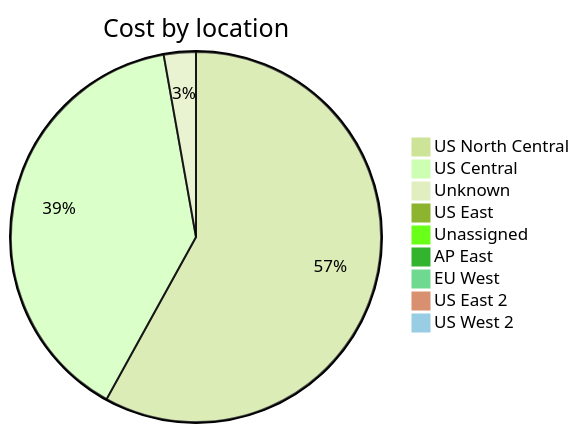
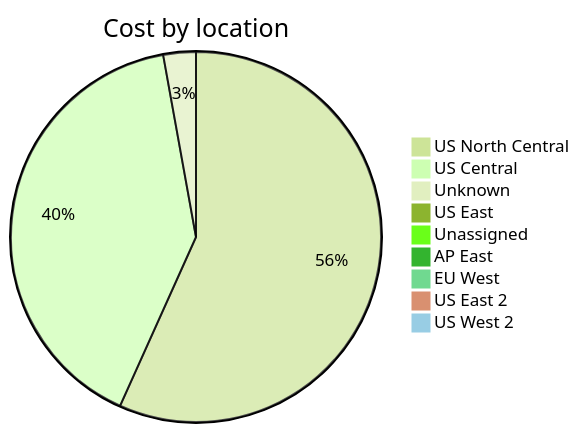
Before and after one commit to jpfulton/azure-personal-reports: the third of 4 diagrams in cost-reports/accumulated-cost.md, drawn with Mermaid (forest theme). The commit also changed other lines of this file and 4 other files, not shown here.

````diff
--- a/cost-reports/accumulated-cost.md
+++ b/cost-reports/accumulated-cost.md
@@ -131,13 +131,13 @@
 ```mermaid
 pie
    title Cost by location
    "US North Central" : 15.77
-   "US Central" : 10.65
-   "Unknown" : 0.76
-   "US East" : 0.17
+   "US Central" : 11.24
+   "Unknown" : 0.79
+   "US East" : 0.18
    "Unassigned" : 0.10
    "AP East" : 0.00
    "EU West" : 0.00
    "US East 2" : 0.00
    "US West 2" : 0.00
 ```
````
